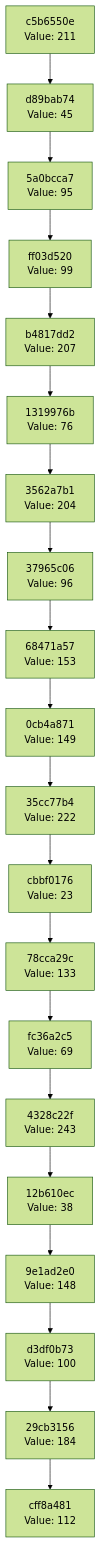
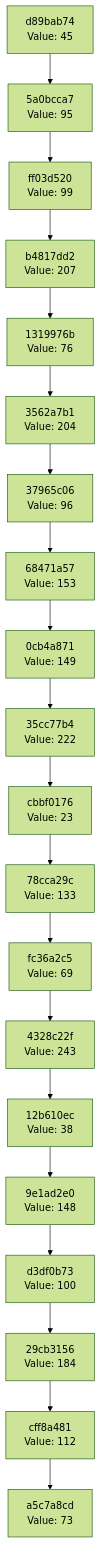
One commit to Abhisheksinha1506/hash-chain-evolver changed the diagram in docs/CHAIN_VISUALIZATION.md. Above: the diagram before and after it, drawn with Mermaid (forest theme). The commit also changed 2 other files, not shown here.

Commit message:
Evolution step: hash 0x49 → action executed

````diff
--- a/docs/CHAIN_VISUALIZATION.md
+++ b/docs/CHAIN_VISUALIZATION.md
@@ -3,42 +3,42 @@
 ```mermaid
 graph TD
-    C0["cff8a481<br/>Value: 112"]
-    C1["29cb3156<br/>Value: 184"]
+    C0["a5c7a8cd<br/>Value: 73"]
+    C1["cff8a481<br/>Value: 112"]
     C1 --> C0
-    C2["d3df0b73<br/>Value: 100"]
+    C2["29cb3156<br/>Value: 184"]
     C2 --> C1
-    C3["9e1ad2e0<br/>Value: 148"]
+    C3["d3df0b73<br/>Value: 100"]
     C3 --> C2
-    C4["12b610ec<br/>Value: 38"]
+    C4["9e1ad2e0<br/>Value: 148"]
     C4 --> C3
-    C5["4328c22f<br/>Value: 243"]
+    C5["12b610ec<br/>Value: 38"]
     C5 --> C4
-    C6["fc36a2c5<br/>Value: 69"]
+    C6["4328c22f<br/>Value: 243"]
     C6 --> C5
-    C7["78cca29c<br/>Value: 133"]
+    C7["fc36a2c5<br/>Value: 69"]
     C7 --> C6
-    C8["cbbf0176<br/>Value: 23"]
+    C8["78cca29c<br/>Value: 133"]
     C8 --> C7
-    C9["35cc77b4<br/>Value: 222"]
+    C9["cbbf0176<br/>Value: 23"]
     C9 --> C8
-    C10["0cb4a871<br/>Value: 149"]
+    C10["35cc77b4<br/>Value: 222"]
     C10 --> C9
-    C11["68471a57<br/>Value: 153"]
+    C11["0cb4a871<br/>Value: 149"]
     C11 --> C10
-    C12["37965c06<br/>Value: 96"]
+    C12["68471a57<br/>Value: 153"]
     C12 --> C11
-    C13["3562a7b1<br/>Value: 204"]
+    C13["37965c06<br/>Value: 96"]
     C13 --> C12
-    C14["1319976b<br/>Value: 76"]
+    C14["3562a7b1<br/>Value: 204"]
     C14 --> C13
-    C15["b4817dd2<br/>Value: 207"]
+    C15["1319976b<br/>Value: 76"]
     C15 --> C14
-    C16["ff03d520<br/>Value: 99"]
+    C16["b4817dd2<br/>Value: 207"]
     C16 --> C15
-    C17["5a0bcca7<br/>Value: 95"]
+    C17["ff03d520<br/>Value: 99"]
     C17 --> C16
-    C18["d89bab74<br/>Value: 45"]
+    C18["5a0bcca7<br/>Value: 95"]
     C18 --> C17
-    C19["c5b6550e<br/>Value: 211"]
+    C19["d89bab74<br/>Value: 45"]
     C19 --> C18
 ```
````
